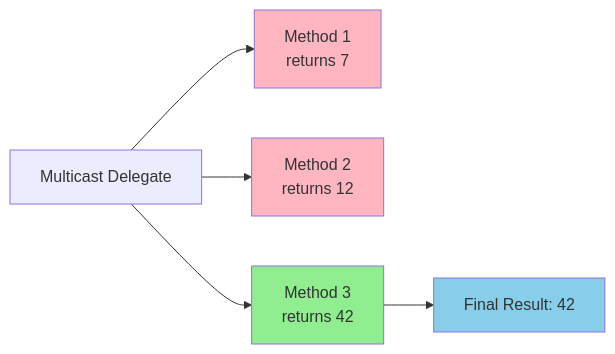
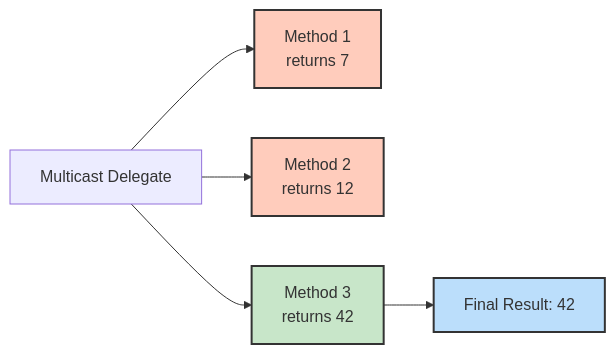
The fourth of 10 diagrams in C# fundamentals/day03-delegates-events.md (NguyenPhamCode4You/ai-home-lab-docker-compose), drawn with Mermaid before and after one commit. The commit also changed other lines of this file and 10 other files, not shown here.

````diff
--- a/C# fundamentals/day03-delegates-events.md
+++ b/C# fundamentals/day03-delegates-events.md
@@ -222,12 +222,12 @@
 ```mermaid
 graph LR
     A[Multicast Delegate] --> B[Method 1<br/>returns 7]
     A --> C[Method 2<br/>returns 12]
     A --> D[Method 3<br/>returns 42]
     D --> E[Final Result: 42]
 
-    style B fill:#FFB6C1
-    style C fill:#FFB6C1
-    style D fill:#90EE90
-    style E fill:#87CEEB
+    style B fill:#ffccbc,stroke:#333,stroke-width:2px
+    style C fill:#ffccbc,stroke:#333,stroke-width:2px
+    style D fill:#c8e6c9,stroke:#333,stroke-width:2px
+    style E fill:#bbdefb,stroke:#333,stroke-width:2px
 ```
````
